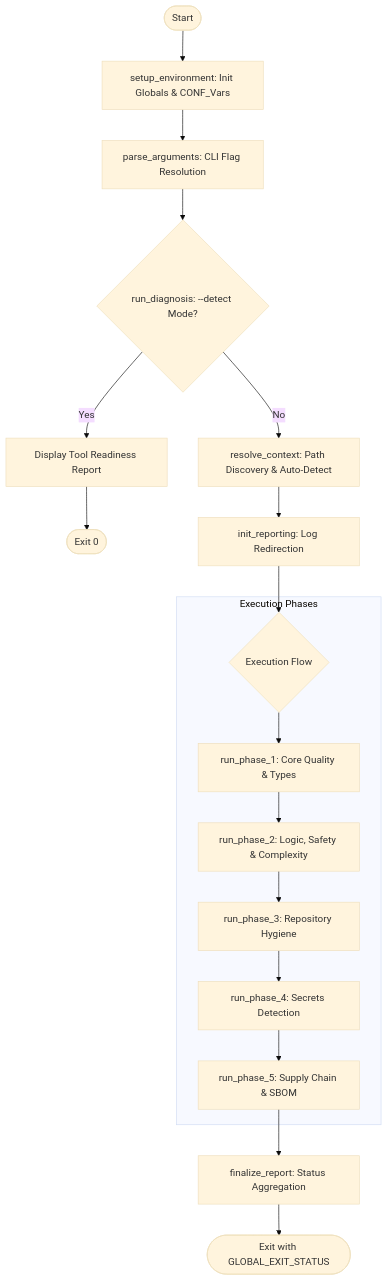
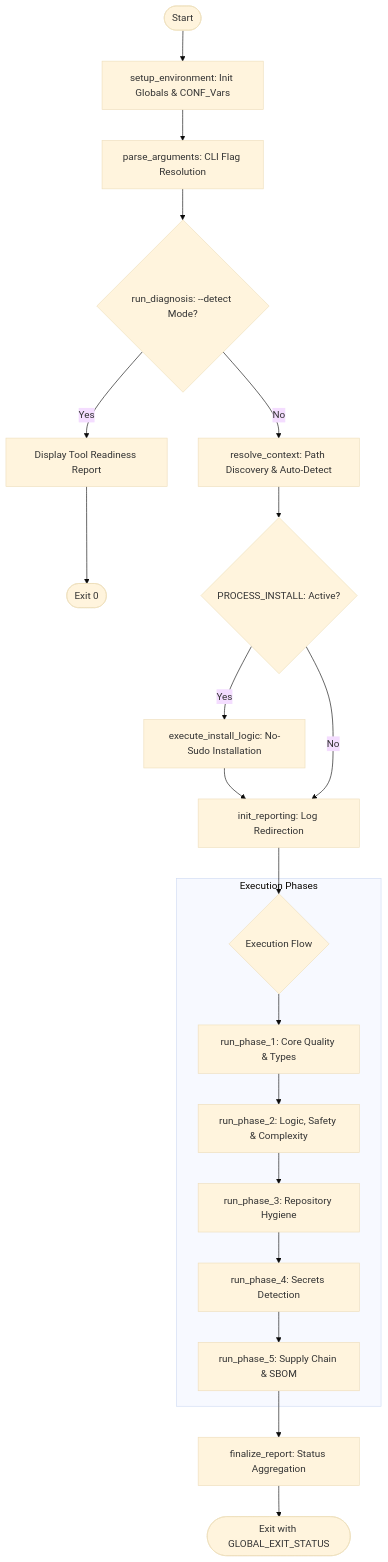
The diagram in build_tasks/code_audit_README.md (edsilegxrepo/devops), drawn with Mermaid (base theme) before and after one commit. The commit also changed other lines of this file and 8 other files, not shown here.

````diff
--- a/build_tasks/code_audit_README.md
+++ b/build_tasks/code_audit_README.md
@@ -41,25 +45,29 @@
 ```mermaid
 graph TD
     Start([Start]) --> Setup[setup_environment: Init Globals & CONF_Vars]
     Setup --> Parse[parse_arguments: CLI Flag Resolution]
     Parse --> Diagnosis{run_diagnosis: --detect Mode?}
     
     Diagnosis -- Yes --> DetectAct[Display Tool Readiness Report]
     DetectAct --> End([Exit 0])
     
     Diagnosis -- No --> Context[resolve_context: Path Discovery & Auto-Detect]
-    Context --> Log[init_reporting: Log Redirection]
+    Context --> Install{PROCESS_INSTALL: Active?}
+    
+    Install -- Yes --> Boot[execute_install_logic: No-Sudo Installation]
+    Boot --> Log[init_reporting: Log Redirection]
+    Install -- No --> Log
     
     Log --> Execution{Execution Flow}
     
     subgraph "Execution Phases"
         Execution --> Phase1[run_phase_1: Core Quality & Types]
         Phase1 --> Phase2[run_phase_2: Logic, Safety & Complexity]
         Phase2 --> Phase3[run_phase_3: Repository Hygiene]
         Phase3 --> Phase4[run_phase_4: Secrets Detection]
         Phase4 --> Phase5[run_phase_5: Supply Chain & SBOM]
     end
 
     Phase5 --> Finalize[finalize_report: Status Aggregation]
     Finalize --> Done([Exit with GLOBAL_EXIT_STATUS])
 ```
````
